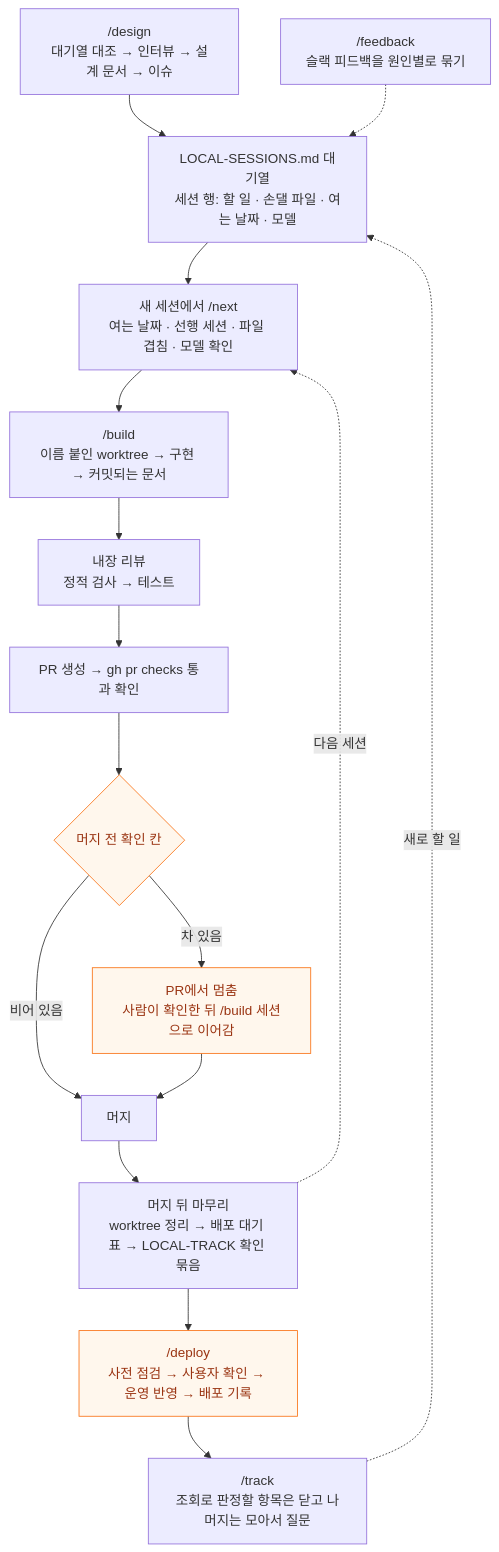
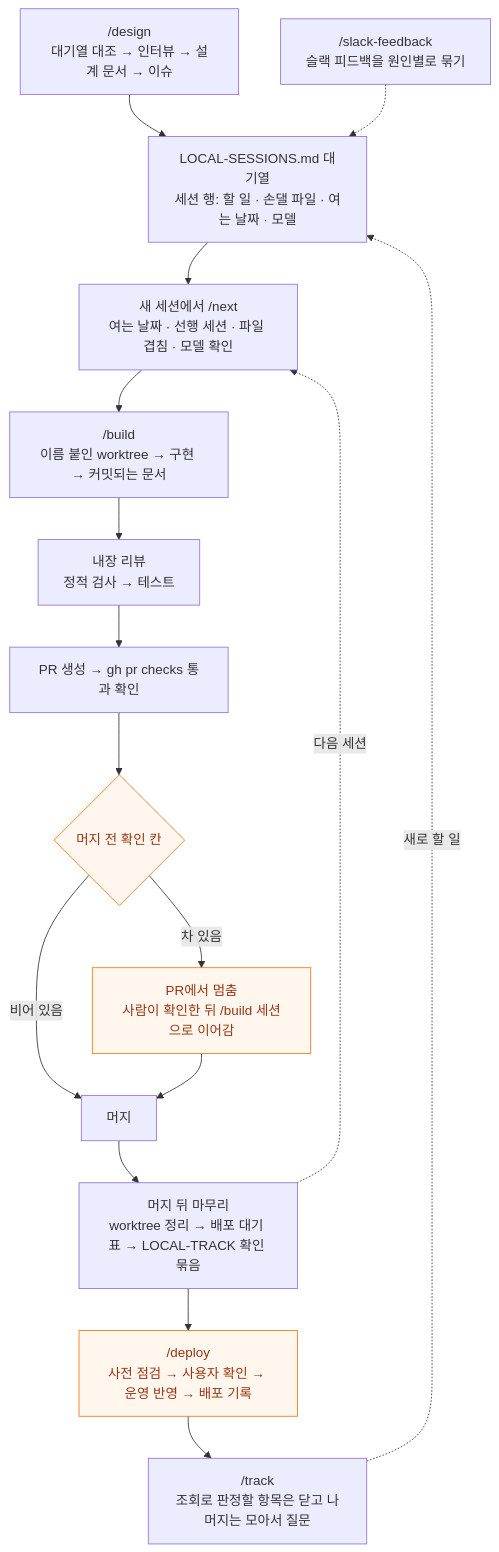
One commit to hyewon3938/build-with-ai changed the diagram in workflow/system-map.md. Above: the diagram before and after it, drawn with Mermaid. The commit also changed other lines of this file and 5 other files, not shown here.

````diff
--- a/workflow/system-map.md
+++ b/workflow/system-map.md
@@ -83,21 +83,21 @@
 ```mermaid
 graph TD
     A["/design<br/>대기열 대조 → 인터뷰 → 설계 문서 → 이슈"] --> B["LOCAL-SESSIONS.md 대기열<br/>세션 행: 할 일 · 손댈 파일 · 여는 날짜 · 모델"]
     B --> C["새 세션에서 /next<br/>여는 날짜 · 선행 세션 · 파일 겹침 · 모델 확인"]
     C --> D["/build<br/>이름 붙인 worktree → 구현 → 커밋되는 문서"]
     D --> E["내장 리뷰<br/>정적 검사 → 테스트"]
     E --> F["PR 생성 → gh pr checks 통과 확인"]
     F --> G{"머지 전 확인 칸"}
     G -->|비어 있음| H["머지"]
     G -->|차 있음| P["PR에서 멈춤<br/>사람이 확인한 뒤 /build 세션으로 이어감"]
     P --> H
     H --> I["머지 뒤 마무리<br/>worktree 정리 → 배포 대기 표 → LOCAL-TRACK 확인 묶음"]
     I -.다음 세션.-> C
     I --> J["/deploy<br/>사전 점검 → 사용자 확인 → 운영 반영 → 배포 기록"]
     J --> K["/track<br/>조회로 판정할 항목은 닫고 나머지는 모아서 질문"]
     K -.새로 할 일.-> B
-    L["/feedback<br/>슬랙 피드백을 원인별로 묶기"] -.-> B
+    L["/slack-feedback<br/>슬랙 피드백을 원인별로 묶기"] -.-> B
 
     classDef gate fill:#fff7ed,stroke:#f97316,color:#9a3412
     class G,P,J gate
 ```
````
